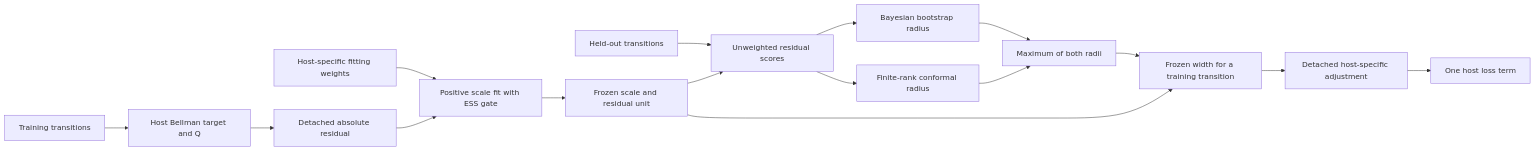
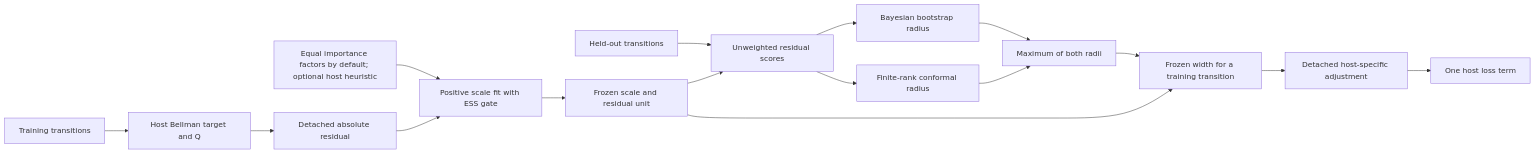
The diagram in ALGORITHMS.md (dbayha7/BCA), drawn with Mermaid before and after one commit. The commit also changed other lines of this file and 20 other files, not shown here.

````diff
--- a/ALGORITHMS.md
+++ b/ALGORITHMS.md
@@ -55,18 +59,18 @@
 ```mermaid
 flowchart LR
     T[Training transitions] --> H[Host Bellman target and Q]
     H --> E[Detached absolute residual]
-    W[Host-specific fitting weights] --> S[Positive scale fit with ESS gate]
+    W[Equal importance factors by default; optional host heuristic] --> S[Positive scale fit with ESS gate]
     E --> S
     S --> F[Frozen scale and residual unit]
     C[Held-out transitions] --> R[Unweighted residual scores]
     F --> R
     R --> B[Bayesian bootstrap radius]
     R --> K[Finite-rank conformal radius]
     B --> M[Maximum of both radii]
     K --> M
     M --> U[Frozen width for a training transition]
     F --> U
     U --> D[Detached host-specific adjustment]
     D --> L[One host loss term]
 ```
````
